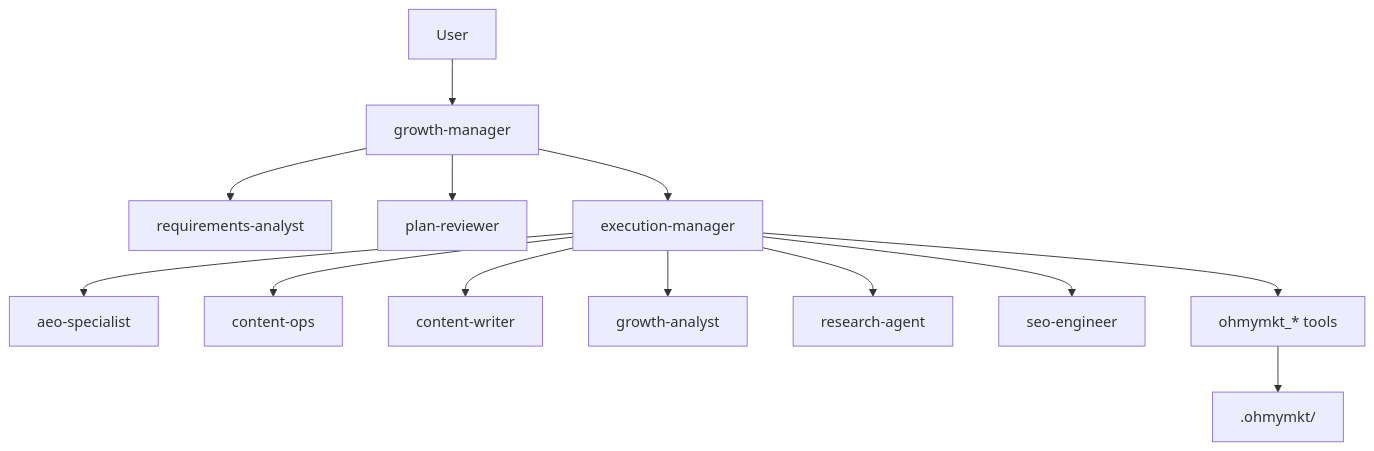
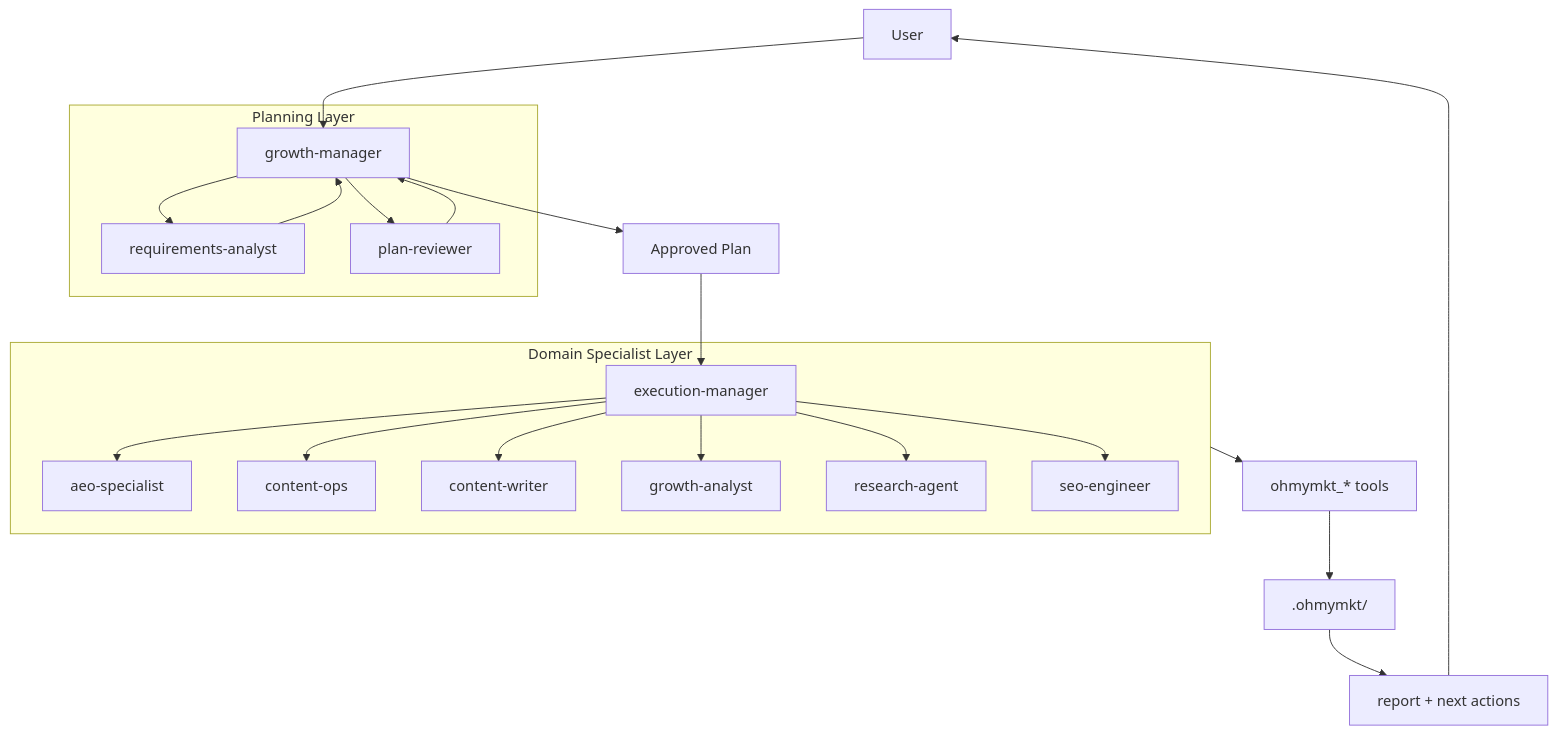
The first of 4 diagrams in README.md (bravohenry/ohmymkt), drawn with Mermaid before and after one commit. The commit also changed other lines of this file and 1 other file, not shown here.

Commit message:
docs(readme): expand EN/ZH readmes to OMO-level detail for marketing architecture

````diff
--- a/README.md
+++ b/README.md
@@ -22,17 +40,28 @@
 ```mermaid
 flowchart TB
     U["User"] --> GM["growth-manager"]
-    GM --> RA["requirements-analyst"]
-    GM --> PR["plan-reviewer"]
-    GM --> EM["execution-manager"]
 
-    EM --> AEO["aeo-specialist"]
-    EM --> CO["content-ops"]
-    EM --> CW["content-writer"]
-    EM --> GA["growth-analyst"]
-    EM --> RE["research-agent"]
-    EM --> SEO["seo-engineer"]
+    subgraph PL["Planning Layer"]
+      GM --> RA["requirements-analyst"]
+      GM --> PR["plan-reviewer"]
+      RA --> GM
+      PR --> GM
+    end
 
-    EM --> RT["ohmymkt_* tools"]
-    RT --> ST[".ohmymkt/"]
+    GM --> AP["Approved Plan"]
+    AP --> EM["execution-manager"]
+
+    subgraph DL["Domain Specialist Layer"]
+      EM --> AEO["aeo-specialist"]
+      EM --> CO["content-ops"]
+      EM --> CW["content-writer"]
+      EM --> GA["growth-analyst"]
+      EM --> RE["research-agent"]
+      EM --> SEO["seo-engineer"]
+    end
+
+    DL --> TOOLS["ohmymkt_* tools"]
+    TOOLS --> STATE[".ohmymkt/"]
+    STATE --> REPORT["report + next actions"]
+    REPORT --> U
 ```
````
